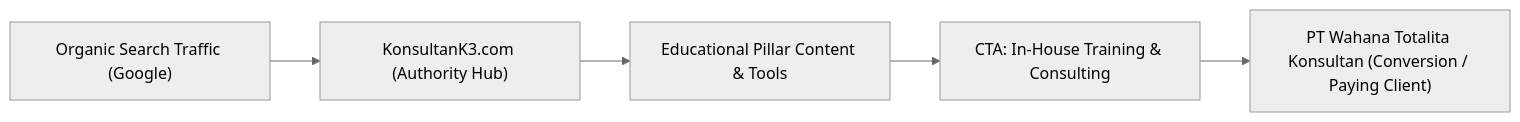
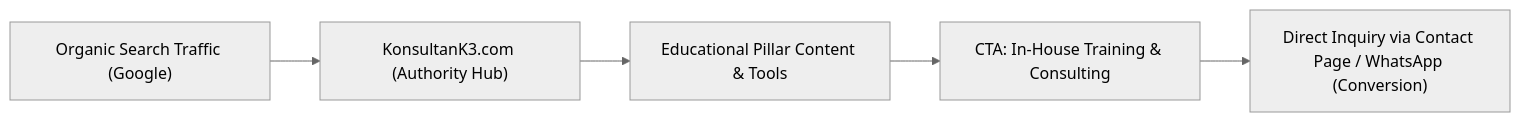
Before and after one commit to firmansyahmarva-bot/konsultank3.com: the diagram in docs/CONTENT_AND_SEO_STRATEGY.md, drawn with Mermaid (neutral theme). The commit also changed other lines of this file and 12 other files, not shown here.

````diff
--- a/docs/CONTENT_AND_SEO_STRATEGY.md
+++ b/docs/CONTENT_AND_SEO_STRATEGY.md
@@ -12,7 +11,7 @@
 ```mermaid
 flowchart LR
     A["Organic Search Traffic (Google)"] --> B["KonsultanK3.com (Authority Hub)"]
     B --> C["Educational Pillar Content & Tools"]
     C --> D["CTA: In-House Training & Consulting"]
-    D --> E["PT Wahana Totalita Konsultan (Conversion / Paying Client)"]
+    D --> E["Direct Inquiry via Contact Page / WhatsApp (Conversion)"]
 ```
````
